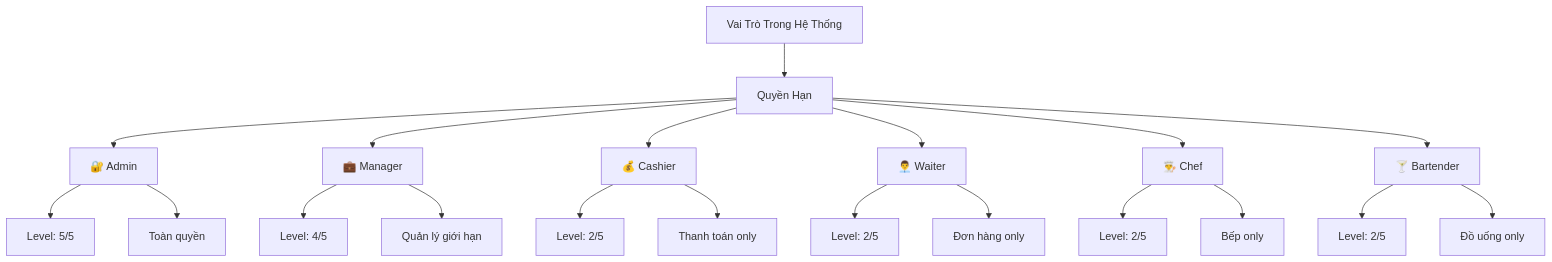
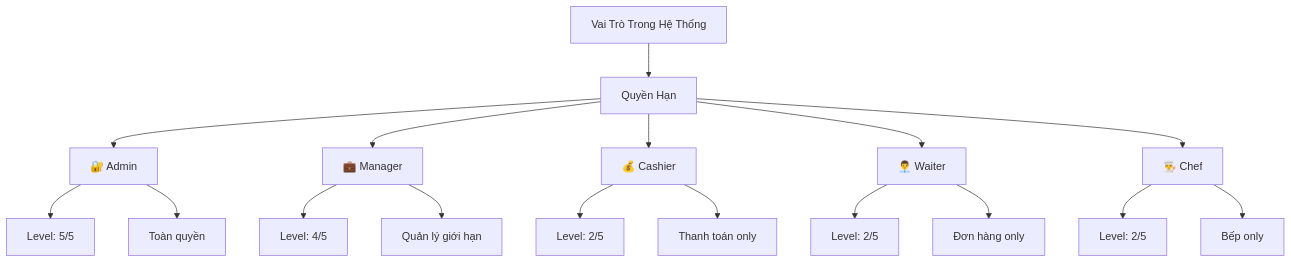
Diagram 15 of 16 in docs/diagrams/STAFF_MANAGEMENT_DIAGRAMS.md (huy1235588/restaurant-management), drawn with Mermaid before and after one commit. The commit also changed other lines of this file and 16 other files, not shown here.

````diff
--- a/docs/diagrams/STAFF_MANAGEMENT_DIAGRAMS.md
+++ b/docs/diagrams/STAFF_MANAGEMENT_DIAGRAMS.md
@@ -583,28 +582,24 @@
 ```mermaid
 graph TB
     A["Vai Trò Trong Hệ Thống"] --> B["Quyền Hạn"]
     
     B --> C["🔐 Admin"]
     C --> C1["Level: 5/5"]
     C --> C2["Toàn quyền"]
     
     B --> D["💼 Manager"]
     D --> D1["Level: 4/5"]
     D --> D2["Quản lý giới hạn"]
     
     B --> E["💰 Cashier"]
     E --> E1["Level: 2/5"]
     E --> E2["Thanh toán only"]
     
     B --> F["👨‍💼 Waiter"]
     F --> F1["Level: 2/5"]
     F --> F2["Đơn hàng only"]
     
     B --> G["👨‍🍳 Chef"]
     G --> G1["Level: 2/5"]
     G --> G2["Bếp only"]
-    
-    B --> H["🍸 Bartender"]
-    H --> H1["Level: 2/5"]
-    H --> H2["Đồ uống only"]
 ```
````
